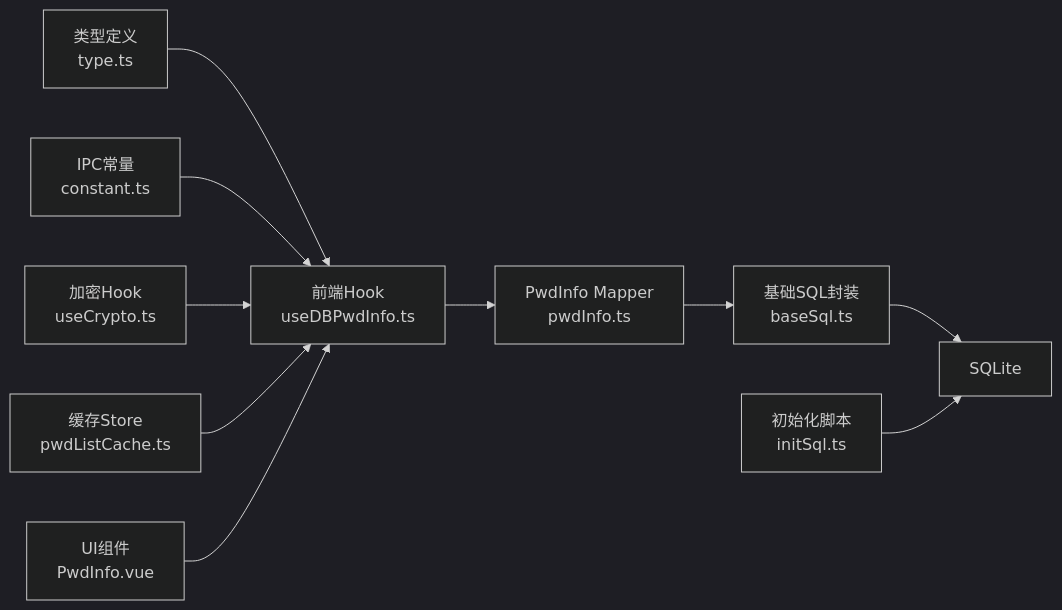
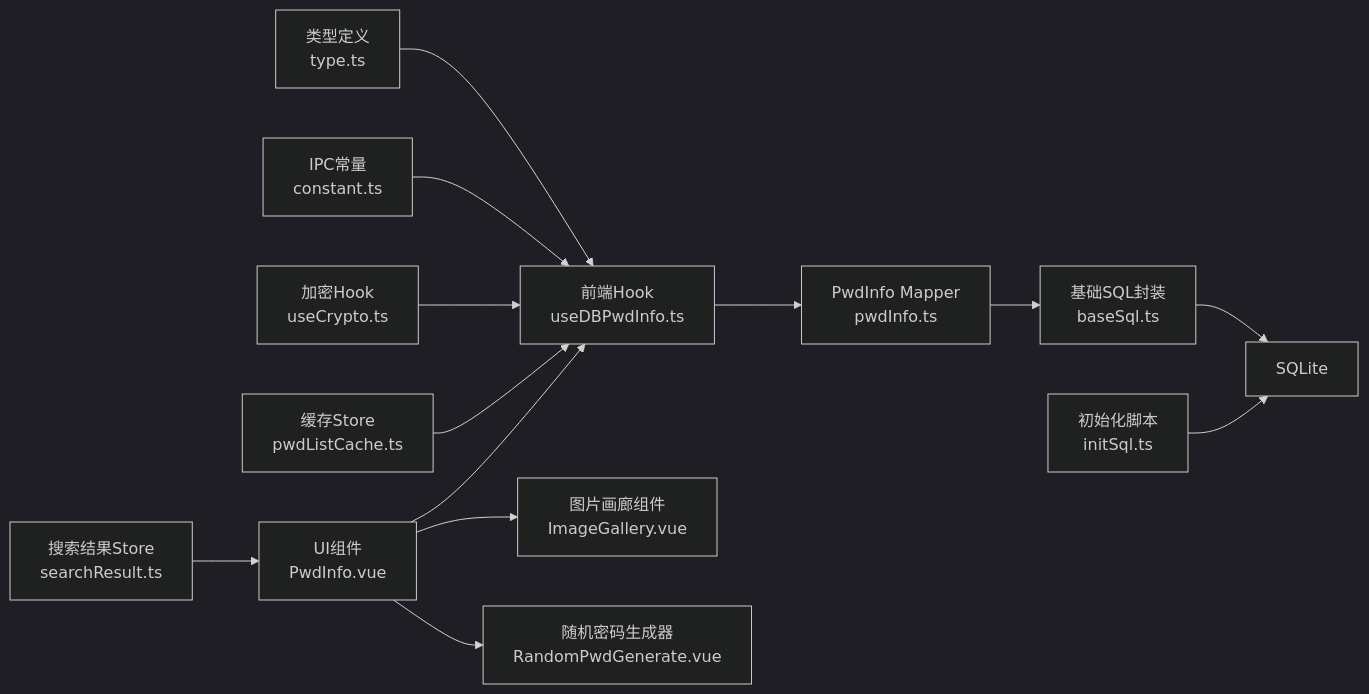
The seventh of 7 diagrams in .qoder/repowiki/zh/content/架构设计/数据库层架构/Mapper层设计/密码信息Mapper.md (scgithub3220216/password-manager), drawn with Mermaid (dark theme) before and after one commit. The commit also changed other lines of this file and 9 other files, not shown here.

First line of the commit message:
feat(sync): 新增图像数据同步支持

````diff
--- a/.qoder/repowiki/zh/content/架构设计/数据库层架构/Mapper层设计/密码信息Mapper.md
+++ b/.qoder/repowiki/zh/content/架构设计/数据库层架构/Mapper层设计/密码信息Mapper.md
@@ -298,12 +350,15 @@
 ```mermaid
 graph LR
 Type["类型定义<br/>type.ts"] --> Hook["前端Hook<br/>useDBPwdInfo.ts"]
 Const["IPC常量<br/>constant.ts"] --> Hook
 Crypto["加密Hook<br/>useCrypto.ts"] --> Hook
 Hook --> Mapper["PwdInfo Mapper<br/>pwdInfo.ts"]
 Mapper --> Base["基础SQL封装<br/>baseSql.ts"]
 Base --> DB["SQLite"]
 Init["初始化脚本<br/>initSql.ts"] --> DB
 Cache["缓存Store<br/>pwdListCache.ts"] --> Hook
 UI["UI组件<br/>PwdInfo.vue"] --> Hook
+UI --> IMG["图片画廊组件<br/>ImageGallery.vue"]
+UI --> RAND["随机密码生成器<br/>RandomPwdGenerate.vue"]
+SR["搜索结果Store<br/>searchResult.ts"] --> UI
 ```
````
